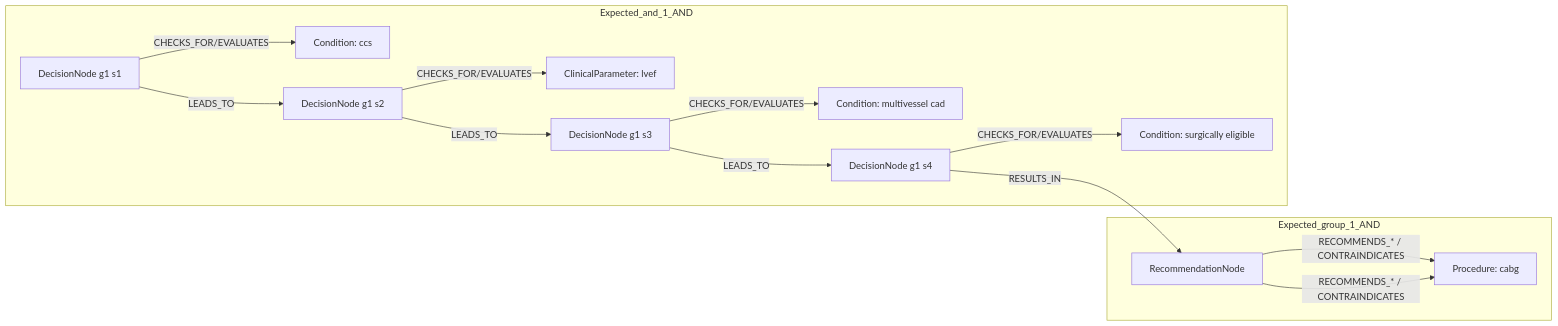
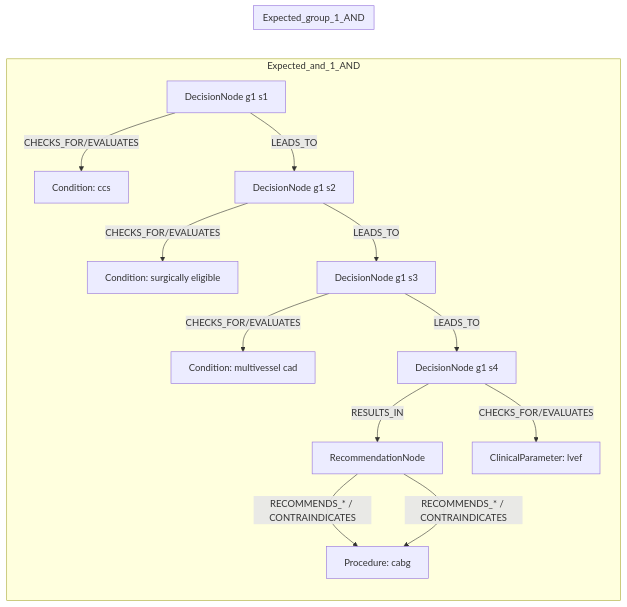
The first of 2 diagrams in docs/table22_rows/row_10.md (dieterich-lab/CardioGuidelinesGraph), drawn with Mermaid before and after one commit. The commit also changed other lines of this file and 17 other files, not shown here.

````diff
--- a/docs/table22_rows/row_10.md
+++ b/docs/table22_rows/row_10.md
@@ -193,30 +193,30 @@
 ```mermaid
 graph LR
-  subgraph Expected_group_1_AND
-    REC[RecommendationNode]
-    REC
-    ACT1[Procedure: cabg]
-    REC -->|RECOMMENDS_* / CONTRAINDICATES| ACT1
-  end
   subgraph Expected_and_1_AND
     REC[RecommendationNode]
     D1[DecisionNode g1 s1]
     C1[Condition: ccs]
     D1 -->|CHECKS_FOR/EVALUATES| C1
     D2[DecisionNode g1 s2]
-    C2[ClinicalParameter: lvef]
+    C2[Condition: surgically eligible]
     D2 -->|CHECKS_FOR/EVALUATES| C2
     D3[DecisionNode g1 s3]
     C3[Condition: multivessel cad]
     D3 -->|CHECKS_FOR/EVALUATES| C3
     D4[DecisionNode g1 s4]
-    C4[Condition: surgically eligible]
+    C4[ClinicalParameter: lvef]
     D4 -->|CHECKS_FOR/EVALUATES| C4
     D1 -->|LEADS_TO| D2
     D2 -->|LEADS_TO| D3
     D3 -->|LEADS_TO| D4
     D4 -->|RESULTS_IN| REC
     ACT1[Procedure: cabg]
     REC -->|RECOMMENDS_* / CONTRAINDICATES| ACT1
   end
+  subgraph Expected_group_1_AND
+    REC[RecommendationNode]
+    REC
+    ACT1[Procedure: cabg]
+    REC -->|RECOMMENDS_* / CONTRAINDICATES| ACT1
+  end
 ```
````
